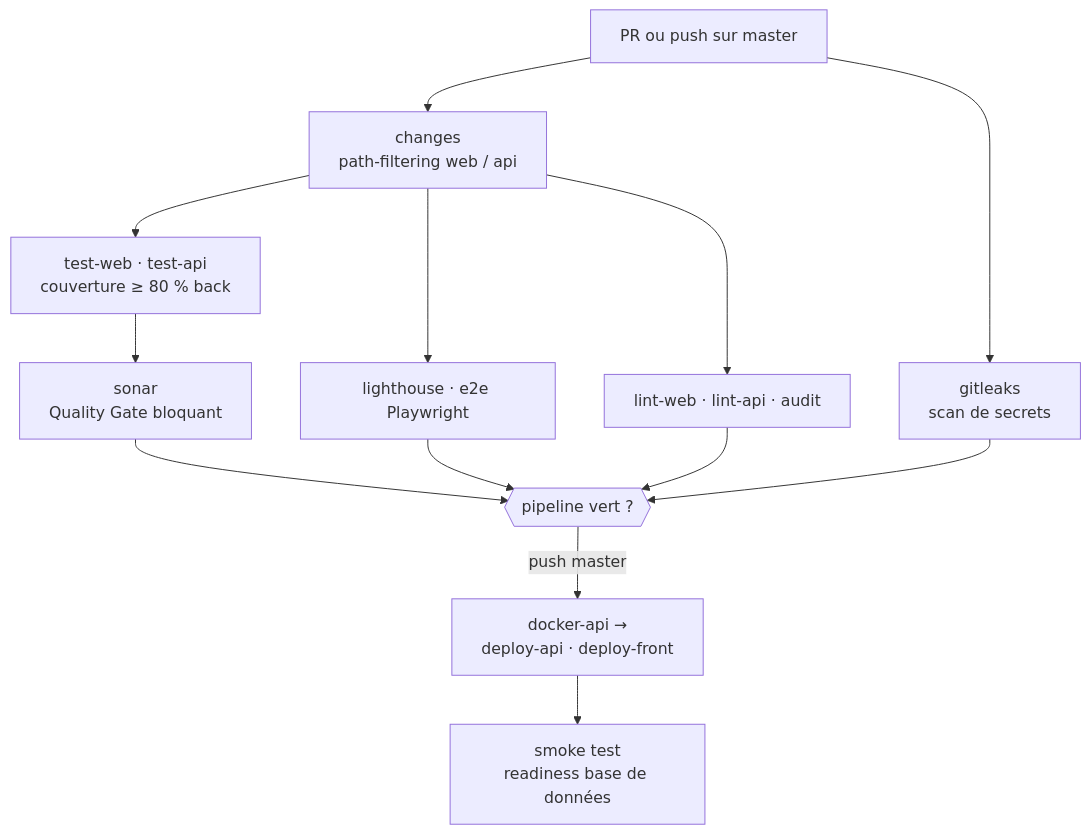
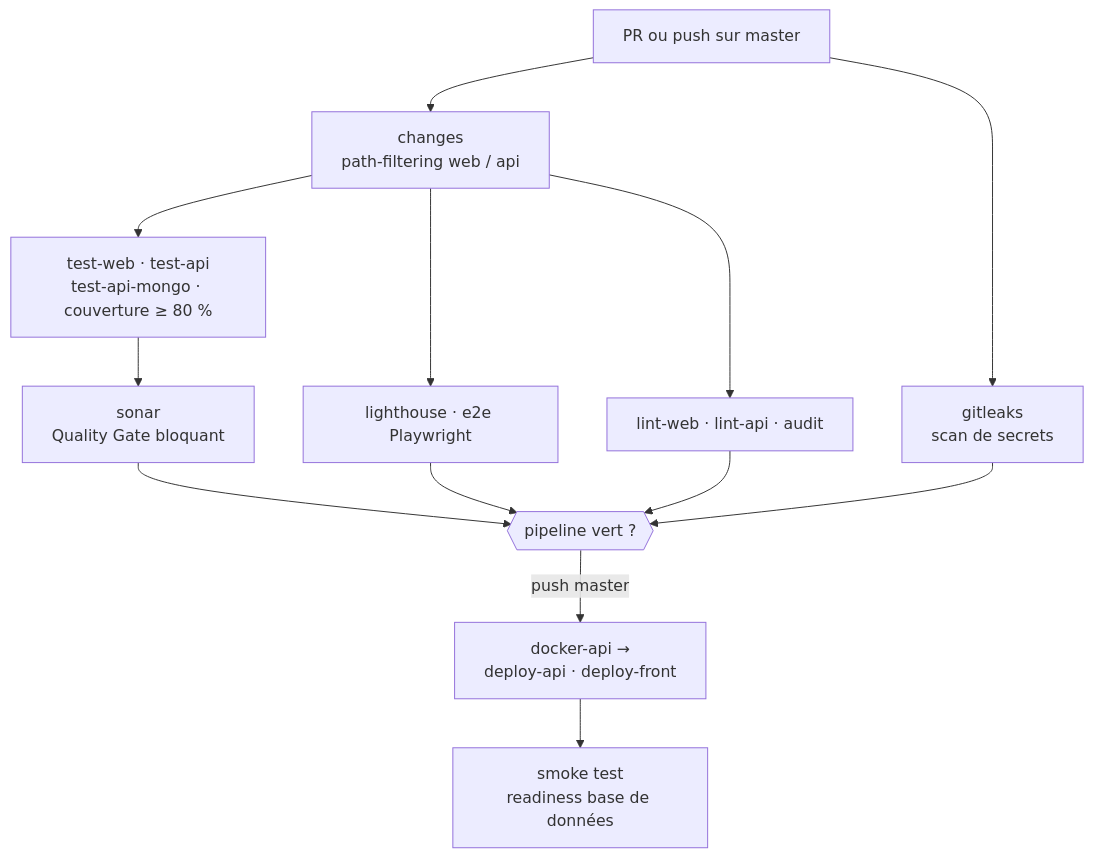
One commit to Affy657/Movie-Picker changed the fourth of 4 diagrams in docs/RNCP/bloc-3-coordination-pilotage/slides/slides.md. Above: the diagram before and after it, drawn with Mermaid. The commit also changed other lines of this file and 2 other files, not shown here.

````diff
--- a/docs/RNCP/bloc-3-coordination-pilotage/slides/slides.md
+++ b/docs/RNCP/bloc-3-coordination-pilotage/slides/slides.md
@@ -2267,15 +2267,15 @@
 ```mermaid {scale: 0.55}
 flowchart TD
   T["PR ou push sur master"] --> CH["changes<br/>path-filtering web / api"]
   T --> GL["gitleaks<br/>scan de secrets"]
   CH --> LA["lint-web · lint-api · audit"]
-  CH --> TESTS["test-web · test-api<br/>couverture ≥ 80 % back"]
+  CH --> TESTS["test-web · test-api<br/>test-api-mongo · couverture ≥ 80 %"]
   TESTS --> SO["sonar<br/>Quality Gate bloquant"]
   CH --> NB["lighthouse · e2e Playwright"]
   SO --> GATE{{"pipeline vert ?"}}
   NB --> GATE
   LA --> GATE
   GL --> GATE
   GATE -->|push master| CD["docker-api →<br/>deploy-api · deploy-front"]
   CD --> SMOKE["smoke test<br/>readiness base de données"]
 ```
````
